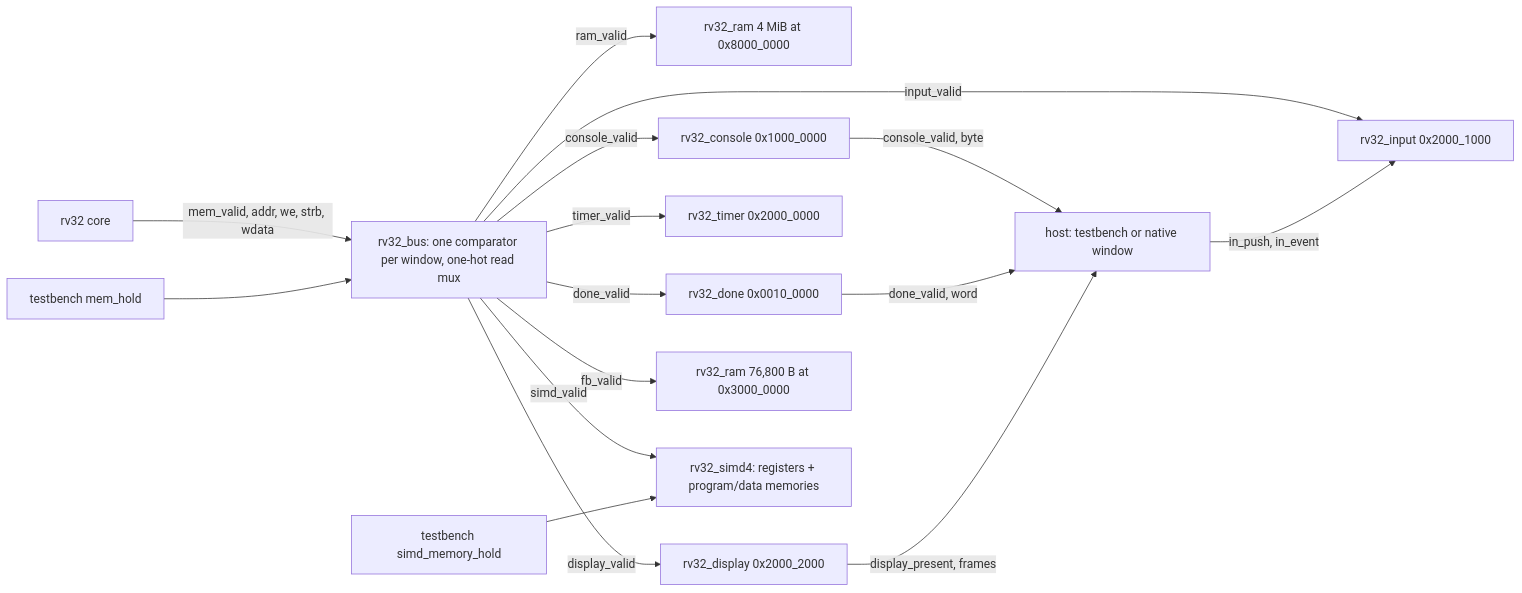
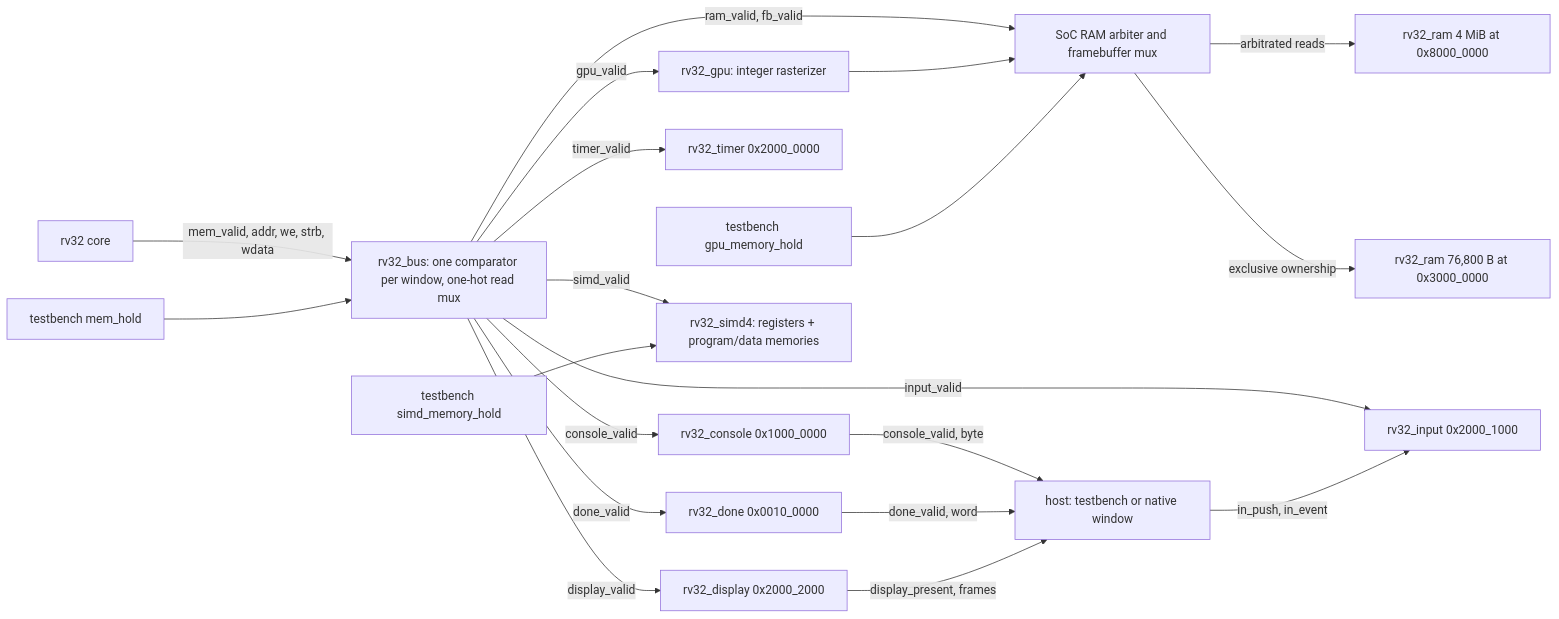
Before and after one commit to ahmad-luqman/tiny-processors: the diagram in docs/rv32-soc.md, drawn with Mermaid. The commit also changed other lines of this file and 48 other files, not shown here.

First line of the commit message:
G1: integrated 2D rasterizer with verified memory ownership and menu demo (#11)

````diff
--- a/docs/rv32-soc.md
+++ b/docs/rv32-soc.md
@@ -18,18 +18,22 @@
 ```mermaid
 flowchart LR
     CORE["rv32 core"] -->|"mem_valid, addr, we, strb, wdata"| BUS["rv32_bus: one comparator per window, one-hot read mux"]
     HOLD["testbench mem_hold"] --> BUS
-    BUS -->|ram_valid| RAM["rv32_ram 4 MiB at 0x8000_0000"]
+    BUS -->|"ram_valid, fb_valid"| MUX
     BUS -->|console_valid| CON["rv32_console 0x1000_0000"]
     BUS -->|done_valid| DONE["rv32_done 0x0010_0000"]
     BUS -->|timer_valid| TIMER["rv32_timer 0x2000_0000"]
     BUS -->|input_valid| IN["rv32_input 0x2000_1000"]
     BUS -->|display_valid| DISP["rv32_display 0x2000_2000"]
-    BUS -->|fb_valid| FB["rv32_ram 76,800 B at 0x3000_0000"]
     BUS -->|simd_valid| SIMD["rv32_simd4: registers + program/data memories"]
+    BUS -->|gpu_valid| GPU["rv32_gpu: integer rasterizer"]
+    GPU --> MUX["SoC RAM arbiter and framebuffer mux"]
+    MUX -->|"arbitrated reads"| RAM["rv32_ram 4 MiB at 0x8000_0000"]
+    MUX -->|"exclusive ownership"| FB["rv32_ram 76,800 B at 0x3000_0000"]
+    GPU_HOLD["testbench gpu_memory_hold"] --> MUX
     SIMD_HOLD["testbench simd_memory_hold"] --> SIMD
     CON -->|"console_valid, byte"| HOST["host: testbench or native window"]
     DONE -->|"done_valid, word"| HOST
     DISP -->|"display_present, frames"| HOST
     HOST -->|"in_push, in_event"| IN
 ```
````
